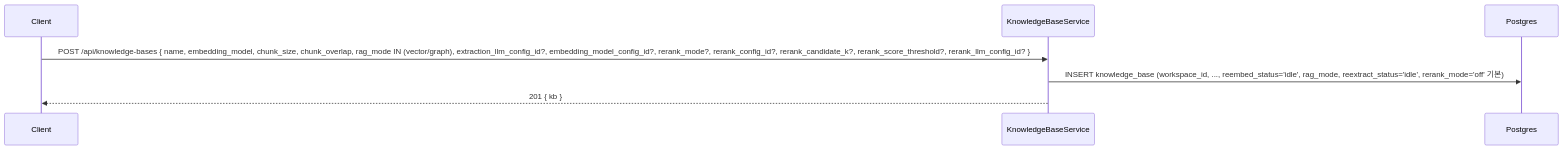
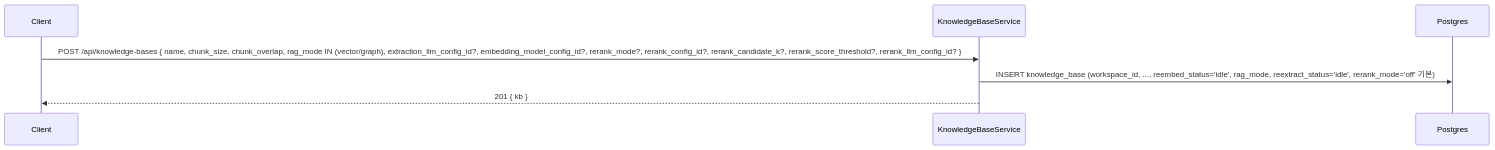
Before and after one commit to worker-ants/clemvion: the first of 6 diagrams in spec/data-flow/6-knowledge-base.md, drawn with Mermaid. The commit also changed other lines of this file and 96 other files, not shown here.

````diff
--- a/spec/data-flow/6-knowledge-base.md
+++ b/spec/data-flow/6-knowledge-base.md
@@ -38,10 +38,10 @@
 ```mermaid
 sequenceDiagram
   participant C as Client
   participant Svc as KnowledgeBaseService
   participant PG as Postgres
 
-  C->>Svc: POST /api/knowledge-bases { name, embedding_model, chunk_size, chunk_overlap, rag_mode IN (vector/graph), extraction_llm_config_id?, embedding_model_config_id?, rerank_mode?, rerank_config_id?, rerank_candidate_k?, rerank_score_threshold?, rerank_llm_config_id? }
+  C->>Svc: POST /api/knowledge-bases { name, chunk_size, chunk_overlap, rag_mode IN (vector/graph), extraction_llm_config_id?, embedding_model_config_id?, rerank_mode?, rerank_config_id?, rerank_candidate_k?, rerank_score_threshold?, rerank_llm_config_id? }
   Svc->>PG: INSERT knowledge_base (workspace_id, ..., reembed_status='idle', rag_mode, reextract_status='idle', rerank_mode='off' 기본)
   Svc-->>C: 201 { kb }
 ```
````
